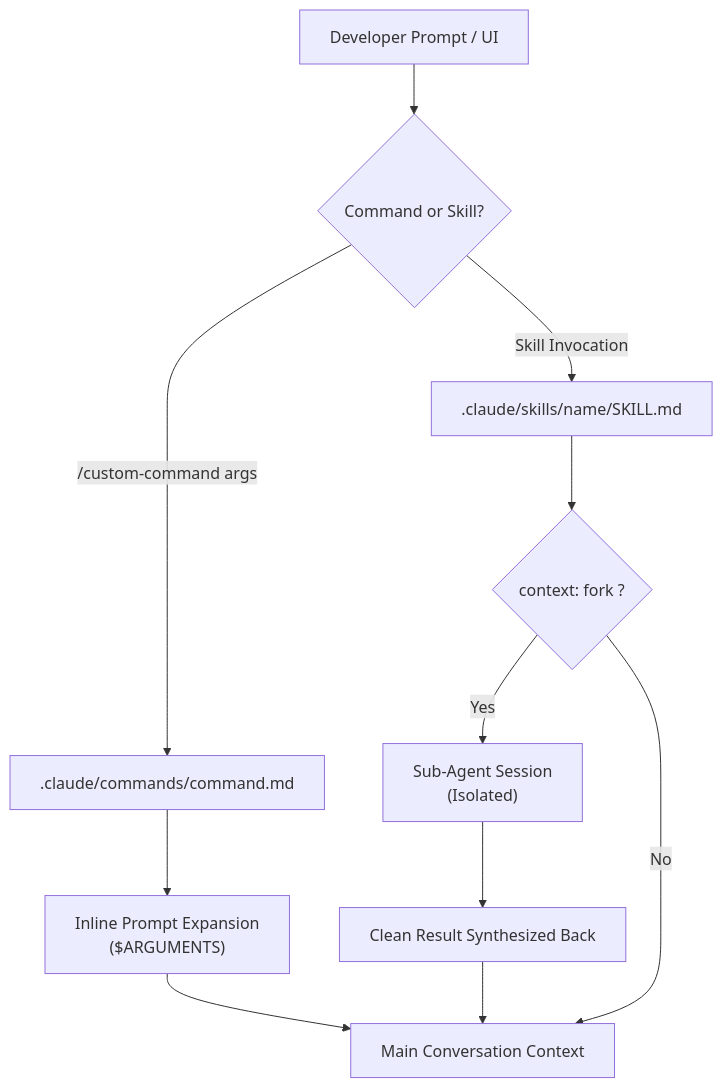
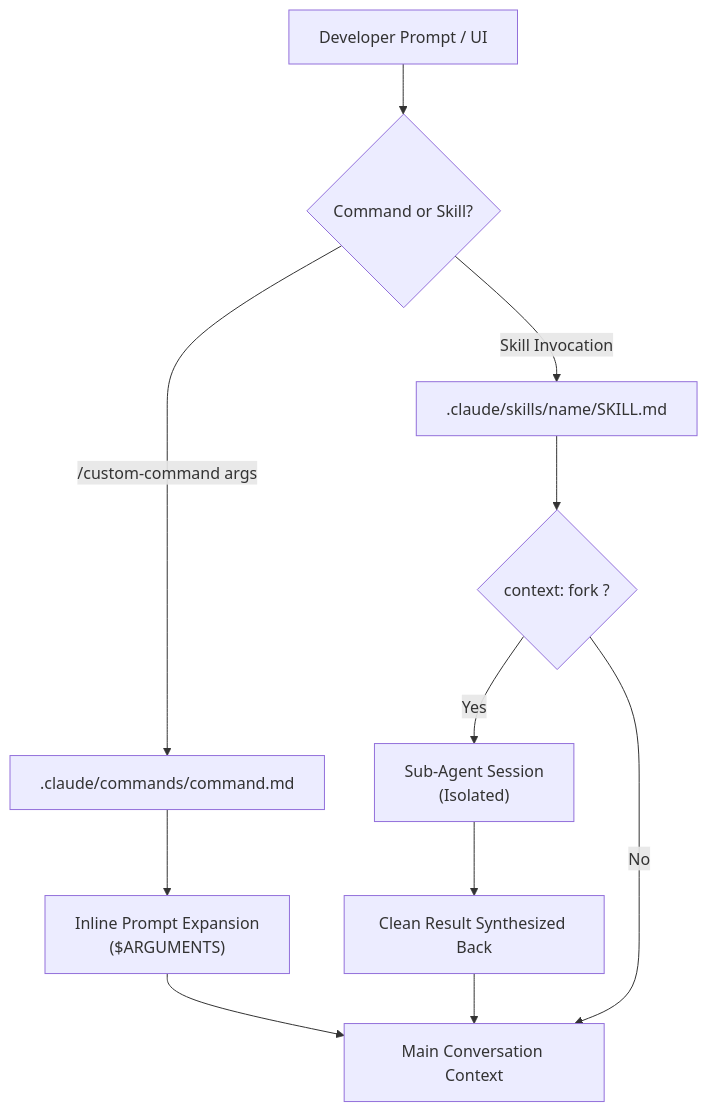
The diagram in domain3/ts_3_2_slash_commands_and_skills/README.md (dip4k/claude_cert_architect_foundation_prep), drawn with Mermaid before and after one commit. The commit also changed 50 other files, not shown here.

Commit message:
docs(domain): complete 30 task statement study guides and enforce October 2026 Mermaid standards

````diff
--- a/domain3/ts_3_2_slash_commands_and_skills/README.md
+++ b/domain3/ts_3_2_slash_commands_and_skills/README.md
@@ -10,16 +10,15 @@
 ```mermaid
-%%{init: {"flowchart": {"htmlLabels": true, "wrappingWidth": 250}}}%%
 flowchart TD
     User["Developer Prompt / UI"] --> Choice{"Command or Skill?"}
     
-    Choice -- "/custom-command args" --> Cmd[".claude/commands/command.md"]
-    Cmd --> Inline["Inline Prompt Expansion<br/>($ARGUMENTS)"]
+    Choice -->|"/custom-command args"| Cmd[".claude/commands/command.md"]
+    Cmd --> Inline["Inline Prompt Expansion<br>($ARGUMENTS)"]
     Inline --> MainCtx["Main Conversation Context"]
     
-    Choice -- "Skill Invocation" --> Skill[".claude/skills/name/SKILL.md"]
+    Choice -->|"Skill Invocation"| Skill[".claude/skills/name/SKILL.md"]
     Skill --> ForkCheck{"context: fork ?"}
-    ForkCheck -- Yes --> Sub["Sub-Agent Session<br/>(Isolated)"]
+    ForkCheck -->|"Yes"| Sub["Sub-Agent Session<br>(Isolated)"]
     Sub --> CleanResult["Clean Result Synthesized Back"]
     CleanResult --> MainCtx
-    ForkCheck -- No --> MainCtx
+    ForkCheck -->|"No"| MainCtx
 ```
````
